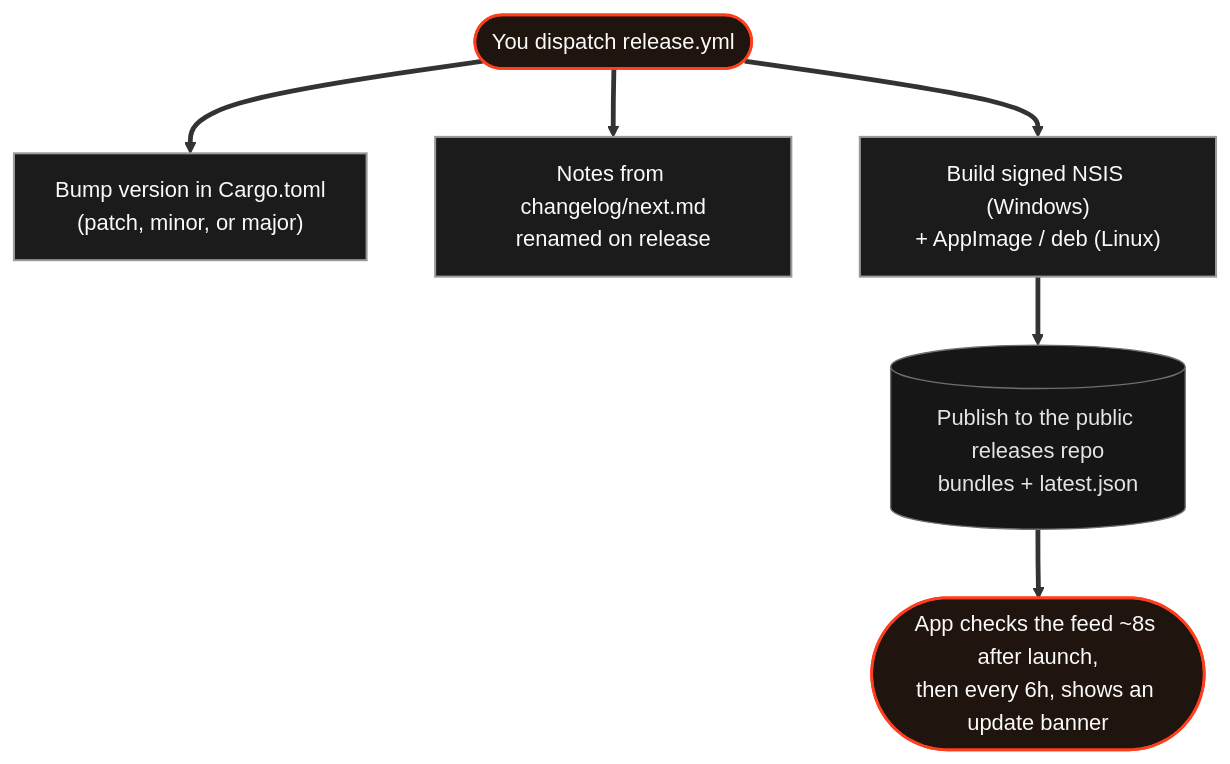
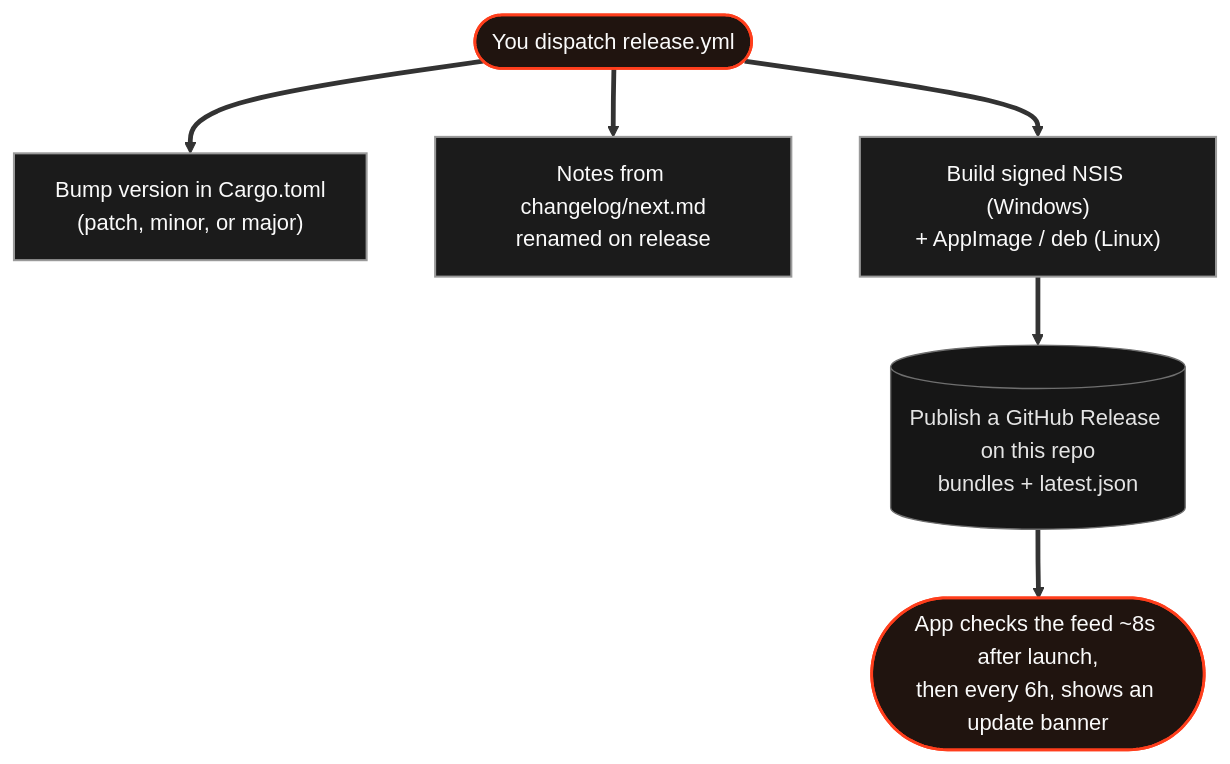
Before and after one commit to NotRover/RoverTools-Orange-Copy-Paste-App: the diagram in docs/releasing.md, drawn with Mermaid. The commit also changed other lines of this file and 11 other files, not shown here.

First line of the commit message:
chore(release): publish releases from the app repo and keep full history

````diff
--- a/docs/releasing.md
+++ b/docs/releasing.md
@@ -37,14 +37,14 @@
 ```mermaid
 flowchart TB
     dispatch(["You dispatch release.yml"]):::start
     dispatch ==> bump["Bump version in Cargo.toml<br/>(patch, minor, or major)"]:::step
     dispatch ==> notes["Notes from changelog/next.md<br/>renamed on release"]:::step
     dispatch ==> build["Build signed NSIS (Windows)<br/>+ AppImage / deb (Linux)"]:::step
-    build ==> publish[("Publish to the public releases repo<br/>bundles + latest.json")]:::store
+    build ==> publish[("Publish a GitHub Release on this repo<br/>bundles + latest.json")]:::store
     publish ==> banner(["App checks the feed ~8s after launch,<br/>then every 6h, shows an update banner"]):::out
 
     classDef start fill:#20140f,stroke:#ff3e1c,stroke-width:2px,color:#fafafa
     classDef step fill:#1b1b1b,stroke:#9a9a9a,stroke-width:1.5px,color:#fafafa
     classDef store fill:#161616,stroke:#6f6f6f,color:#e4e4e4
     classDef out fill:#20140f,stroke:#ff3e1c,stroke-width:2px,color:#fafafa
 ```
````
